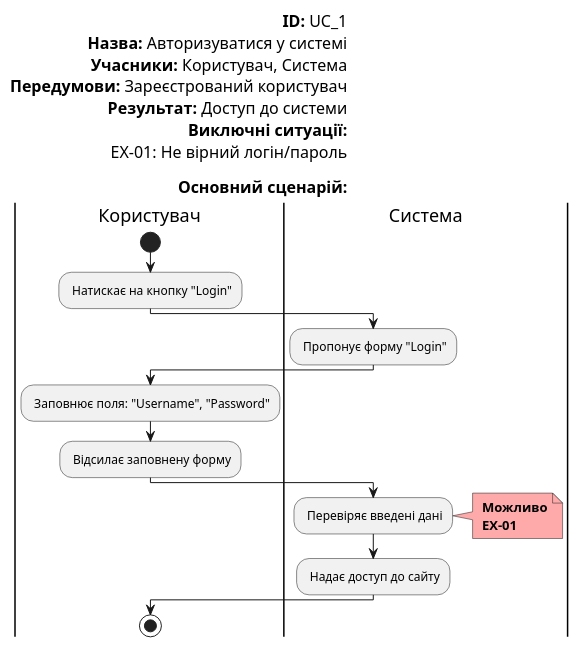
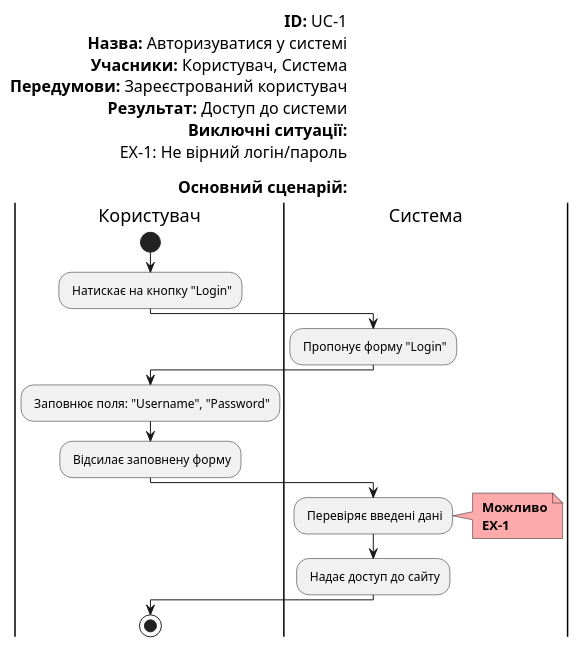
One commit to JenyaFTW/expert-management-system changed the third of 14 diagrams in docs/use cases/README.md. Above: the diagram before and after it, drawn with PlantUML. The commit also changed other lines of this file, not shown here.

```diff
--- a/docs/use cases/README.md
+++ b/docs/use cases/README.md
@@ -92,32 +92,32 @@
 @startuml
 
     left header
-        <font color=000 size=16><b>ID:</b> UC_1
+        <font color=000 size=16><b>ID:</b> UC-1
         <font color=000 size=16><b>Назва:</b> Авторизуватися у системі
         <font color=000 size=16><b>Учасники:</b> Користувач, Система
         <font color=000 size=16><b>Передумови:</b> Зареєстрований користувач
         <font color=000 size=16><b>Результат:</b> Доступ до системи
         <font color=000 size=16><b>Виключні ситуації:</b>
-        <font color=000 size=16>EX-01: Не вірний логін/пароль
+        <font color=000 size=16>EX-1: Не вірний логін/пароль
         
         <font color=000 size=16><b>Основний сценарій:</b>
     end header
 
     |Користувач|
         start
         : Натискає на кнопку "Login";
     |Система|
         : Пропонує форму "Login";
     |Користувач|
         : Заповнює поля: "Username", "Password";
         : Відсилає заповнену форму;
     |Система|
         : Перевіряє введені дані;
         note right #ffaaaa
         <b> Можливо
-        <b> EX-01
+        <b> EX-1
         end note
         : Надає доступ до сайту;
     |Користувач|
         stop;
 @enduml
```
